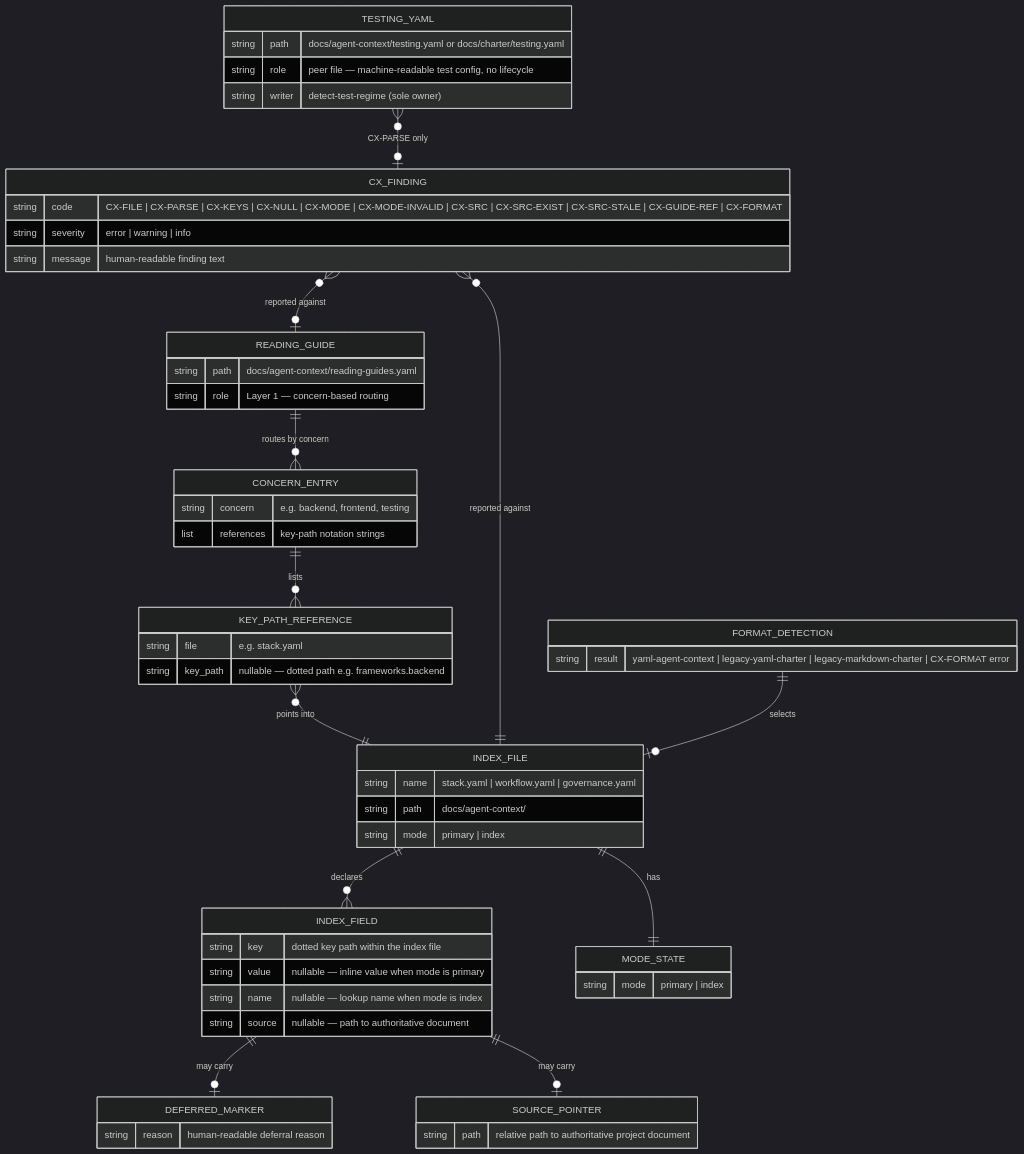
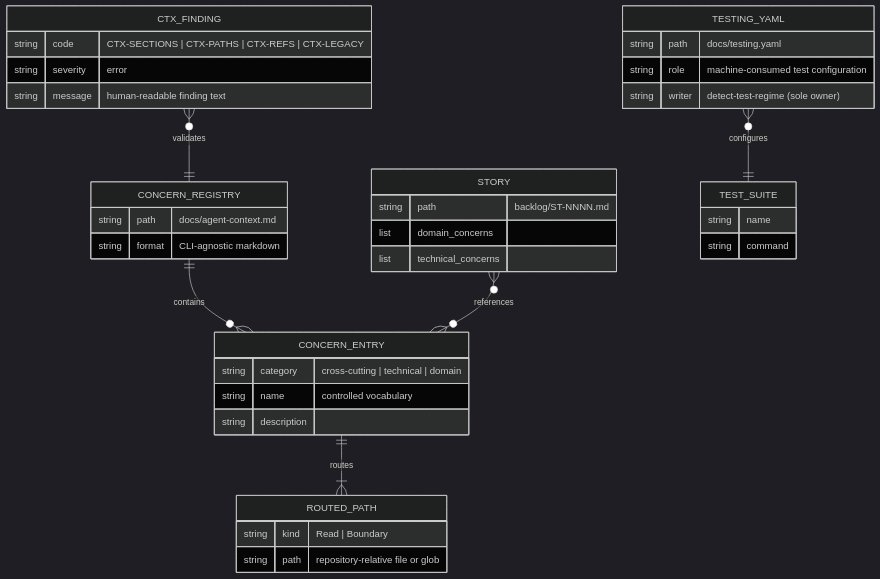
Before and after one commit to matthiasdaues/agent_factory: the third of 4 diagrams in docs/spec/supplementary_specs/entity-model.md, drawn with Mermaid (dark theme). The commit also changed other lines of this file and 9 other files, not shown here.

````diff
--- a/docs/spec/supplementary_specs/entity-model.md
+++ b/docs/spec/supplementary_specs/entity-model.md
@@ -254,60 +254,41 @@
 ```mermaid
 erDiagram
-    READING_GUIDE ||--o{ CONCERN_ENTRY : "routes by concern"
-    CONCERN_ENTRY ||--o{ KEY_PATH_REFERENCE : "lists"
-    KEY_PATH_REFERENCE }o--|| INDEX_FILE : "points into"
-    INDEX_FILE ||--o{ INDEX_FIELD : "declares"
-    INDEX_FILE ||--|| MODE_STATE : "has"
-    INDEX_FIELD ||--o| DEFERRED_MARKER : "may carry"
-    INDEX_FIELD ||--o| SOURCE_POINTER : "may carry"
-    CX_FINDING }o--|| INDEX_FILE : "reported against"
-    CX_FINDING }o--o| READING_GUIDE : "reported against"
-    TESTING_YAML }o--o| CX_FINDING : "CX-PARSE only"
-    FORMAT_DETECTION ||--o| INDEX_FILE : "selects"
+    CONCERN_REGISTRY ||--o{ CONCERN_ENTRY : contains
+    CONCERN_ENTRY ||--|{ ROUTED_PATH : routes
+    STORY }o--o{ CONCERN_ENTRY : references
+    CTX_FINDING }o--|| CONCERN_REGISTRY : validates
+    TESTING_YAML }o--|| TEST_SUITE : configures
 
-    READING_GUIDE {
-        string path "docs/agent-context/reading-guides.yaml"
-        string role "Layer 1 — concern-based routing"
+    CONCERN_REGISTRY {
+        string path "docs/agent-context.md"
+        string format "CLI-agnostic markdown"
     }
     CONCERN_ENTRY {
-        string concern "e.g. backend, frontend, testing"
-        list references "key-path notation strings"
+        string category "cross-cutting | technical | domain"
+        string name "controlled vocabulary"
+        string description
     }
-    KEY_PATH_REFERENCE {
-        string file "e.g. stack.yaml"
-        string key_path "nullable — dotted path e.g. frameworks.backend"
+    ROUTED_PATH {
+        string kind "Read | Boundary"
+        string path "repository-relative file or glob"
     }
-    INDEX_FILE {
-        string name "stack.yaml | workflow.yaml | governance.yaml"
-        string path "docs/agent-context/<name>"
-        string mode "primary | index"
-    }
-    INDEX_FIELD {
-        string key "dotted key path within the index file"
-        string value "nullable — inline value when mode is primary"
-        string name "nullable — lookup name when mode is index"
-        string source "nullable — path to authoritative document"
-    }
-    MODE_STATE {
-        string mode "primary | index"
-    }
-    DEFERRED_MARKER {
-        string reason "human-readable deferral reason"
-    }
-    SOURCE_POINTER {
-        string path "relative path to authoritative project document"
+    STORY {
+        string path "backlog/ST-NNNN.md"
+        list domain_concerns
+        list technical_concerns
     }
     TESTING_YAML {
-        string path "docs/agent-context/testing.yaml or docs/charter/testing.yaml"
-        string role "peer file — machine-readable test config, no lifecycle"
+        string path "docs/testing.yaml"
+        string role "machine-consumed test configuration"
         string writer "detect-test-regime (sole owner)"
     }
-    FORMAT_DETECTION {
-        string result "yaml-agent-context | legacy-yaml-charter | legacy-markdown-charter | CX-FORMAT error"
+    TEST_SUITE {
+        string name
+        string command
     }
-    CX_FINDING {
-        string code "CX-FILE | CX-PARSE | CX-KEYS | CX-NULL | CX-MODE | CX-MODE-INVALID | CX-SRC | CX-SRC-EXIST | CX-SRC-STALE | CX-GUIDE-REF | CX-FORMAT"
-        string severity "error | warning | info"
+    CTX_FINDING {
+        string code "CTX-SECTIONS | CTX-PATHS | CTX-REFS | CTX-LEGACY"
+        string severity "error"
         string message "human-readable finding text"
     }
 ```
````
